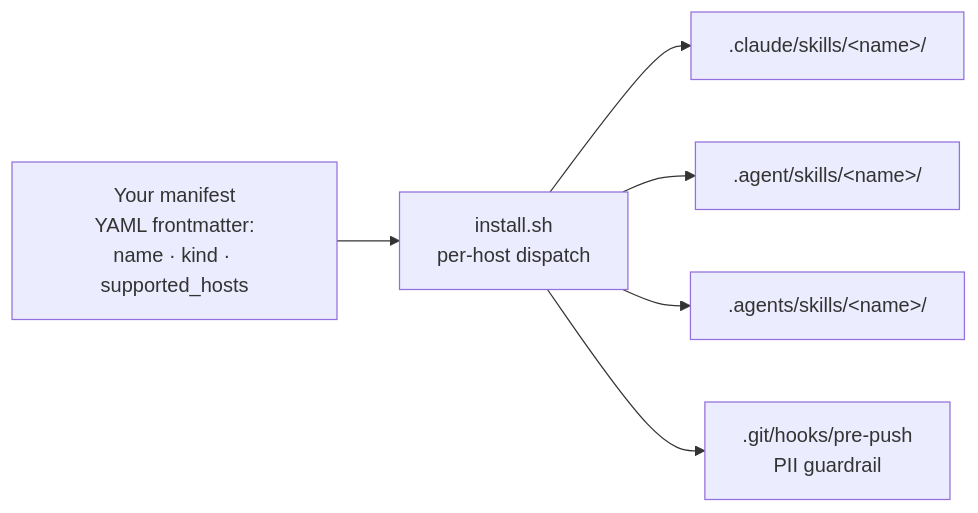
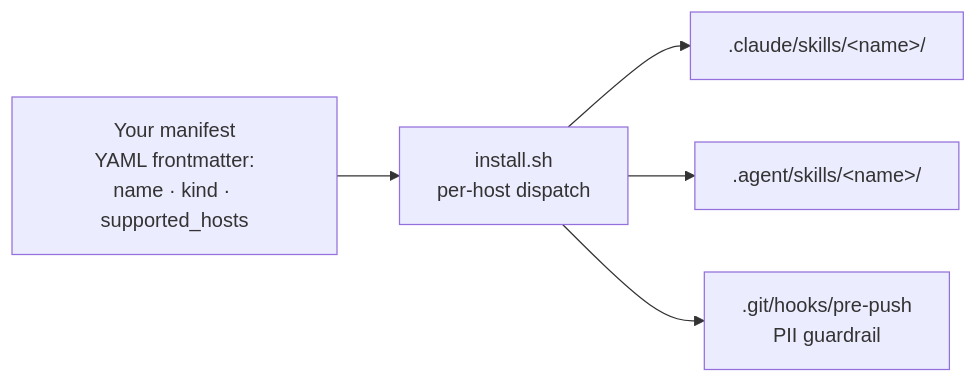
The diagram in README.md (alexherrero/crickets), drawn with Mermaid before and after one commit. The commit also changed other lines of this file and 17 other files, not shown here.

````diff
--- a/README.md
+++ b/README.md
@@ -32,15 +32,13 @@
 ```mermaid
 flowchart LR
     M[Your manifest<br/>YAML frontmatter:<br/>name · kind · supported_hosts]
     I[install.sh<br/>per-host dispatch]
     C[.claude/skills/&lt;name&gt;/]
     A[.agent/skills/&lt;name&gt;/]
-    G[.agents/skills/&lt;name&gt;/]
     H[.git/hooks/pre-push<br/>PII guardrail]
 
     M --> I
     I --> C
     I --> A
-    I --> G
     I --> H
 ```
````
